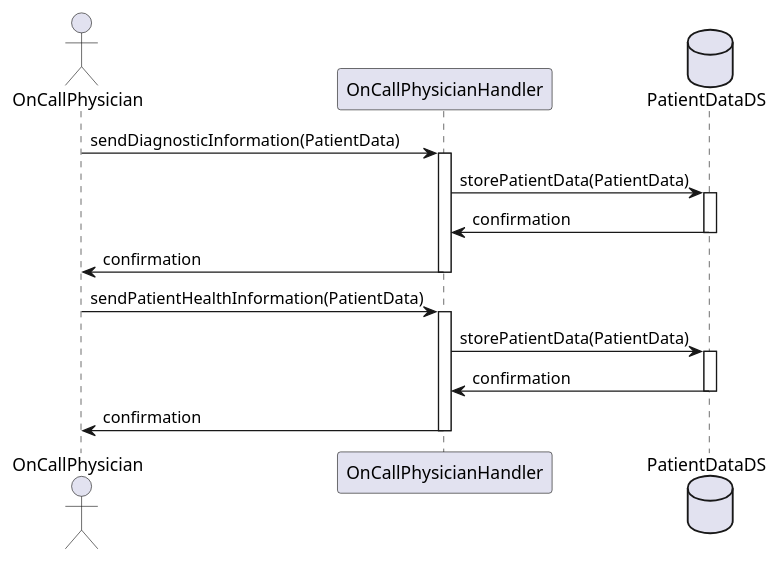
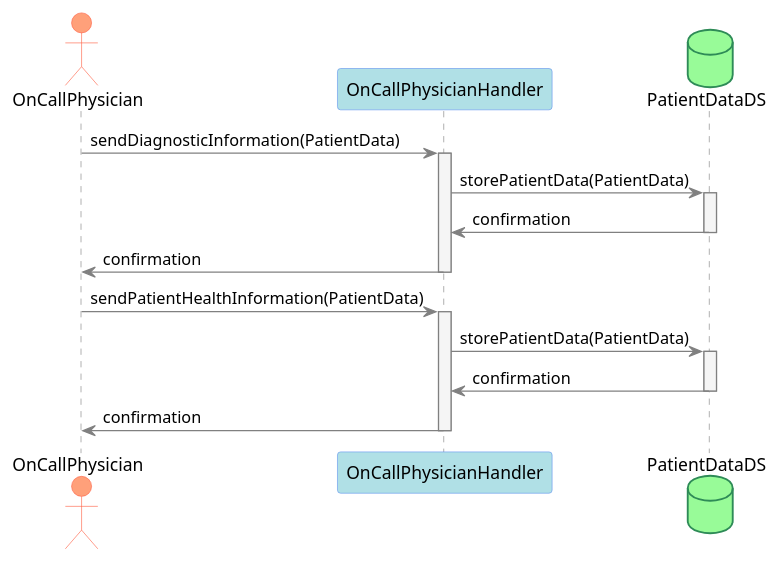
One commit to koalas11/Software-Architecture-Project changed the diagram in diagrams/sequence-diagrams/on_call_phy_handler.wsd. Above: the diagram before and after it, drawn with PlantUML. The commit also changed 6 other files, not shown here.

Commit message:
chore: changed sequence diagram colors

```diff
--- a/diagrams/sequence-diagrams/on_call_phy_handler.wsd
+++ b/diagrams/sequence-diagrams/on_call_phy_handler.wsd
@@ -1,18 +1,33 @@
-@startuml alerts
+@startuml on_call_phy_handler
+
+skinparam sequence {
+ArrowColor Gray
+LifeLineBorderColor Gray
+LifeLineBackgroundColor WhiteSmoke
+
+ActorBorderColor Tomato
+ActorBackgroundColor LightSalmon
+
+ParticipantBackgroundColor PowderBlue
+ParticipantBorderColor CornflowerBlue
+}
+skinparam DatabaseBorderColor SeaGreen
+skinparam DatabaseBackgroundColor PaleGreen
+
 actor OnCallPhysician
 participant OnCallPhysicianHandler as PH
 database PatientDataDS
 
 OnCallPhysician -> PH ++ : sendDiagnosticInformation(PatientData)
 PH -> PatientDataDS ++ : storePatientData(PatientData)
 PH <- PatientDataDS -- : confirmation
 OnCallPhysician <- PH -- : confirmation
 
 OnCallPhysician -> PH ++ : sendPatientHealthInformation(PatientData)
 
 PH -> PatientDataDS ++ : storePatientData(PatientData)
 PH <- PatientDataDS -- : confirmation
 
 OnCallPhysician <- PH -- : confirmation
 
 @enduml
```
